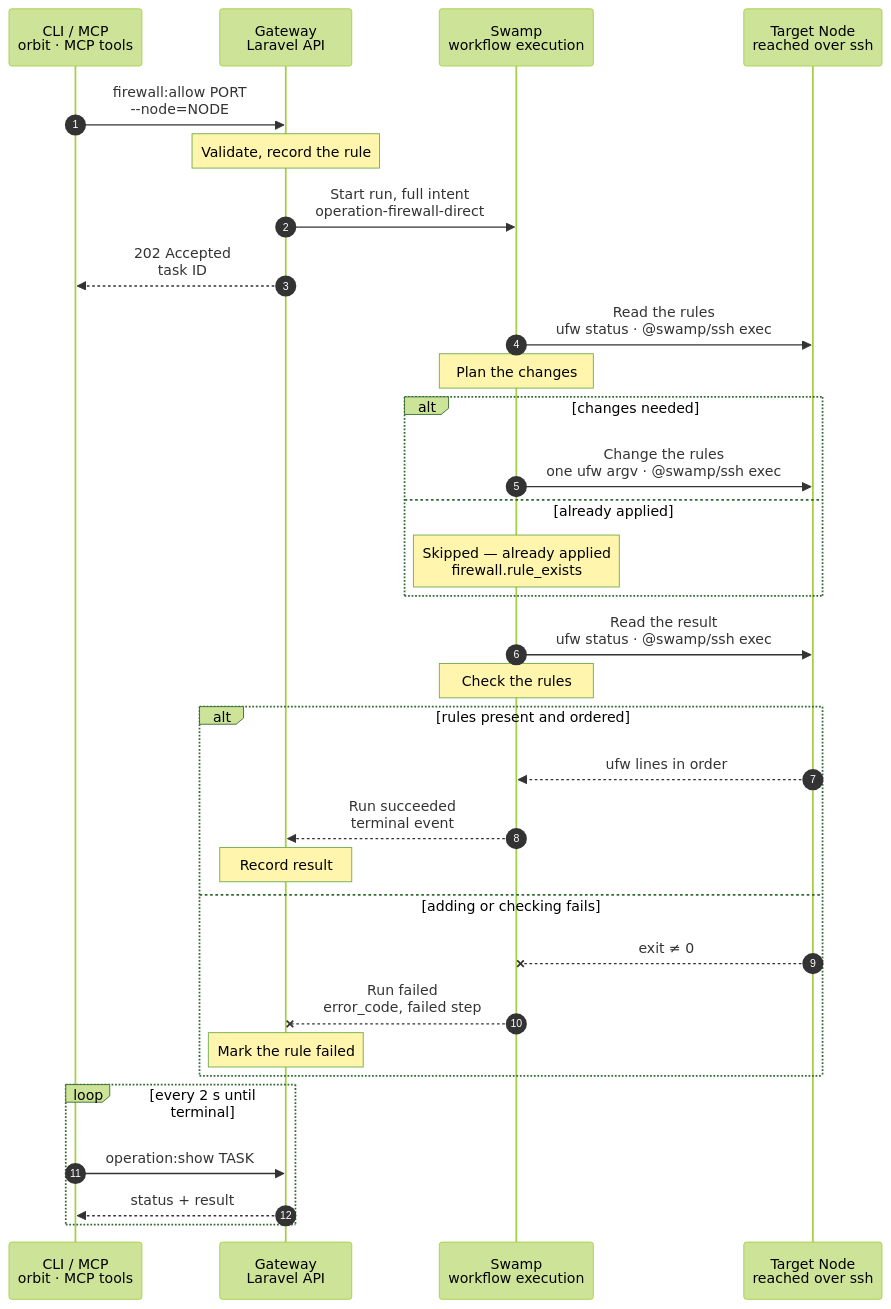
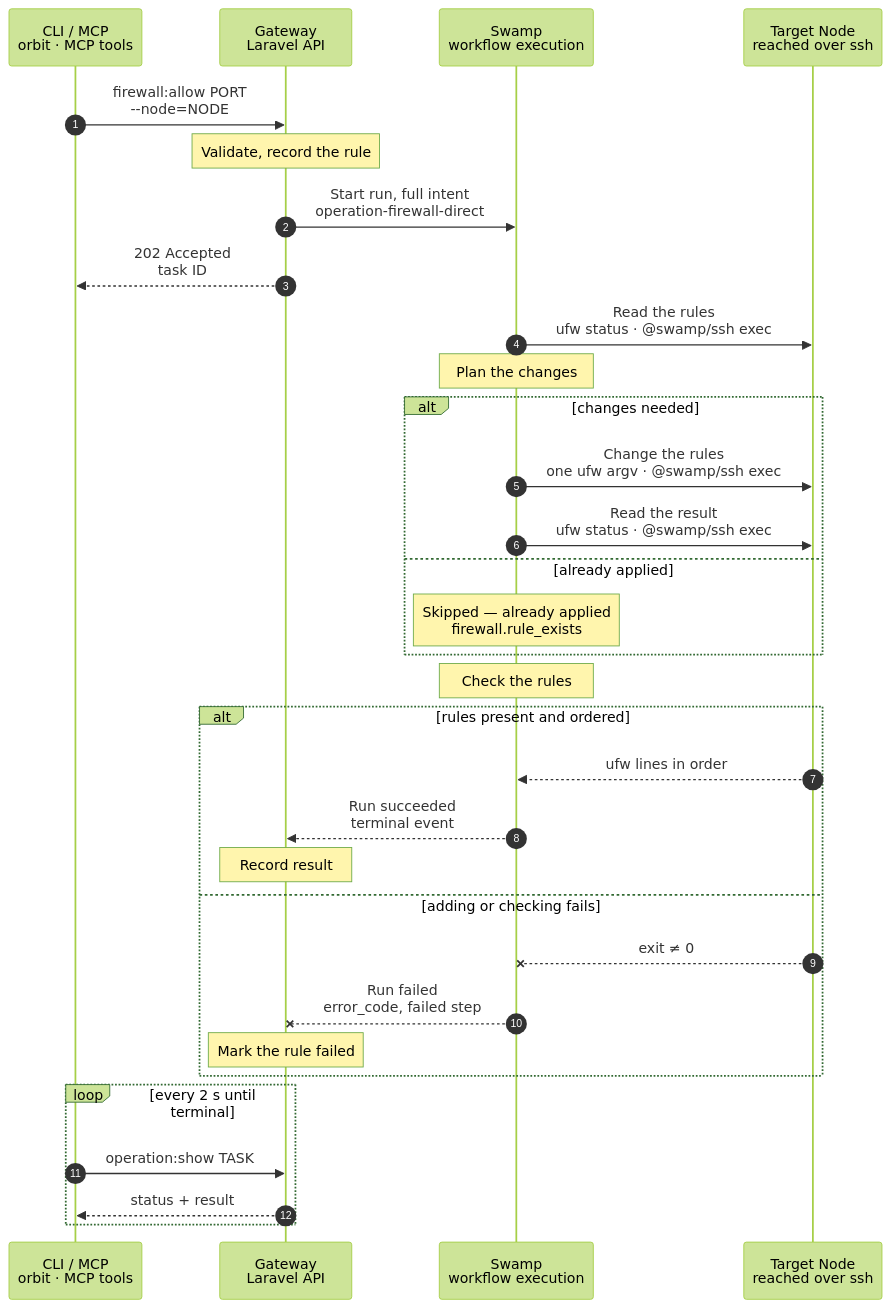
The diagram in docs/cli/firewall/allow.mmd (hardimpactdev/orbit), drawn with Mermaid (forest theme) before and after one commit. The commit also changed 5 other files, not shown here.

First line of the commit message:
fix(firewall): a plan without changes checks the first read and skips the second (#3151)

```diff
--- a/docs/cli/firewall/allow.mmd
+++ b/docs/cli/firewall/allow.mmd
@@ -1,129 +1,131 @@
 sequenceDiagram
   %% Target design: ADR 0244 task, ADR 0241 allowlists, DECISIONS R1-R4 + 5 (process.stop shape, shared SSH identity).
   %% Tightened: flow-tighten 2026-11-03, rule 22 (no script: one ufw argv per change over @swamp/ssh exec; a typed step plans positions, Lab #4334).
   %% status: reviewed
   %% command: firewall:allow
   %% kind: firewall.allow
   autonumber
   %% lane CLI icon=terminal pill=caller tone=gray
   %% lane GW icon=gateway pill=intent tone=blue
   %% lane SW icon=workflow pill=executes tone=green
   %% lane N icon=server pill=target tone=amber
   participant CLI as CLI / MCP<br/>orbit · MCP tools
   participant GW as Gateway<br/>Laravel API
   participant SW as Swamp<br/>workflow execution
   participant N as Target Node<br/>reached over ssh
   CLI->>GW: firewall:allow PORT<br/>--node=NODE
   %%> Command:
   %%> - `orbit firewall:allow PORT --node=NODE`
   %%> - syntax: `<port> --node=ID [--from=SOURCE] [--protocol=tcp|udp] [--label=TEXT]`
   %%> Input:
   %%> - the destination port or port range
   %%> - the Node, and optionally the source address and the protocol
   %%> - optionally a label or short description
   %%> Not accepted:
   %%> - service names such as `postgres` as the port
   %%> Who can call it:
   %%> - the `orbit` CLI and the MCP tool send the same request
   Note over GW: Validate, record the rule
   %%> Requirements:
   %%> - the calling Node has an access grant to the target Node
   %%> - the target is an active Linux Node
   %%> - the port and source are valid
   %%> - no opposite rule for the same port, protocol and source; an allow and a deny for exactly the same scope is refused (`firewall.rule_conflict`)
   %%> - no other firewall change runs on the target; the Gateway holds one lock per Node
   %%> Allowed:
   %%> - repeat an active or failed allow rule: reuse its record and check the Node in a new task
   %%> - overlapping rules with a different scope, such as a broad deny with an allow for one source
   %%> Result:
   %%> - the new or reused rule is recorded with status provisioning
   %%> - a task is recorded with the full intent
   %%> - nothing has happened on the Node yet
   GW->>SW: Start run, full intent<br/>operation-firewall-direct
   %%> What it does:
   %%> - starts one Swamp run
   %%> Inputs:
   %%> - the rule as exact ufw lines: port, protocol, source, direction
   %%> - the target's address and SSH host keys; the SSH identity comes from the `swamp` role
   GW-->>CLI: 202 Accepted<br/>task ID
   %%> What you get:
   %%> - the task ID, at once
   %%> Next:
   %%> - the CLI follows the task with `operation:show`
   SW->>N: Read the rules<br/>ufw status · @swamp/ssh exec
   %%> How:
   %%> - a Swamp worker reaches the target over SSH with the official `@swamp/ssh` behavior
   %%> - refuses an inactive firewall (`firewall.backend_inactive`) before any change
   Note over SW: Plan the changes
   %%> What it does:
   %%> - turns ufw's numbered rows into the ufw commands this rule needs, in order
   %%> - an insert position counts the rows as they will be after the earlier commands
   %%> - plans no changes when every expected line already exists in the correct position
   %%> Order:
   %%> - narrower rules go above broader ones, allow or deny, so an exception such as one IP wins over a rule for anywhere
   %%> - ufw stops at the first match, so Orbit sets this order on every change
   %%> - all operator rules sit above Orbit's own broad rules, such as WireGuard peer trust, so a deny on a port also applies to WireGuard peers
   %%> Why typed, not cfgmgmt:
   %%> - `@swamp/cfgmgmt/firewall` cannot insert at a position (Lab #4334) or name a port range
   alt changes needed
     %% path: changes-needed
     SW->>N: Change the rules<br/>one ufw argv · @swamp/ssh exec
     %%> What it does:
     %%> - adds one ufw allow line per port, protocol and family, commented with its label
     %%> - inserts each line at the position the plan names; an existing identical, well-placed line is left as it is
     %%> - moves a line that sits in the wrong place: deletes it, then inserts it again
     %%> - runs the planned commands one at a time; nothing is copied to the Node
+    SW->>N: Read the result<br/>ufw status · @swamp/ssh exec
+    %%> Why:
+    %%> - the rule only counts as done when ufw shows it after the changes
   else already applied
     %% path: already-applied
     Note over SW: Skipped — already applied<br/>firewall.rule_exists
     %%> Result:
     %%> - the plan contains no changes
-    %%> - the final read and check still run before the task can succeed
+    %%> - there is no second read of ufw: the check runs on the first read, which nothing has changed since
   end
-  SW->>N: Read the result<br/>ufw status · @swamp/ssh exec
   Note over SW: Check the rules
   %%> What it does:
   %%> - checks every expected line is present, in narrow-first order
-  %%> - prints the public result; a line that ufw changed in between fails the check, and a rerun repairs it
+  %%> - prints the public result; after changes, a line that ufw changed in between fails the check, and a rerun repairs it
   %%> Why:
   %%> - the rule only counts as active when ufw shows it
   alt rules present and ordered
     %% path: succeeded
     N-->>SW: ufw lines in order
     %%> Returns:
     %%> - the check passed for every line and its narrow-first order
     SW-->>GW: Run succeeded<br/>terminal event
     %%> How the Gateway learns it:
     %%> - its shared run reader sees the terminal event; Swamp never calls the Gateway
     Note over GW: Record result
     %%> Result:
     %%> - the rule becomes active
     %%> - the task succeeds
     %%> - if no changes were needed, reports `Skipped — already applied (firewall.rule_exists)`
     %%> - the skip reason is part of the successful result in human and machine output, not an error
   else adding or checking fails
     %% path: failed
     N--xSW: exit ≠ 0
     %%> When:
     %%> - ufw refuses the line, SSH fails, or a line is missing after the add
     SW--xGW: Run failed<br/>error_code, failed step
     %%> The Gateway reads:
     %%> - which step failed and its error code
     Note over GW: Mark the rule failed
     %%> Result:
     %%> - the rule is marked failed, so you can see it
     %%> - the task fails
     %%> On the Node:
     %%> - lines added before the failure stay; there is no rollback
     %%> - that is safe: the rule is marked failed, and a rerun skips lines that already exist
     %%> Retry:
     %%> - run the same command again after fixing the cause; it is a new task
   end
   loop every 2 s until terminal
     CLI->>GW: operation:show TASK
     %%> What it does:
     %%> - asks for the task's status every 2 seconds until it has ended
     GW-->>CLI: status + result
     %%> Returns:
     %%> - the current status, and the result once the task has ended
   end
```
